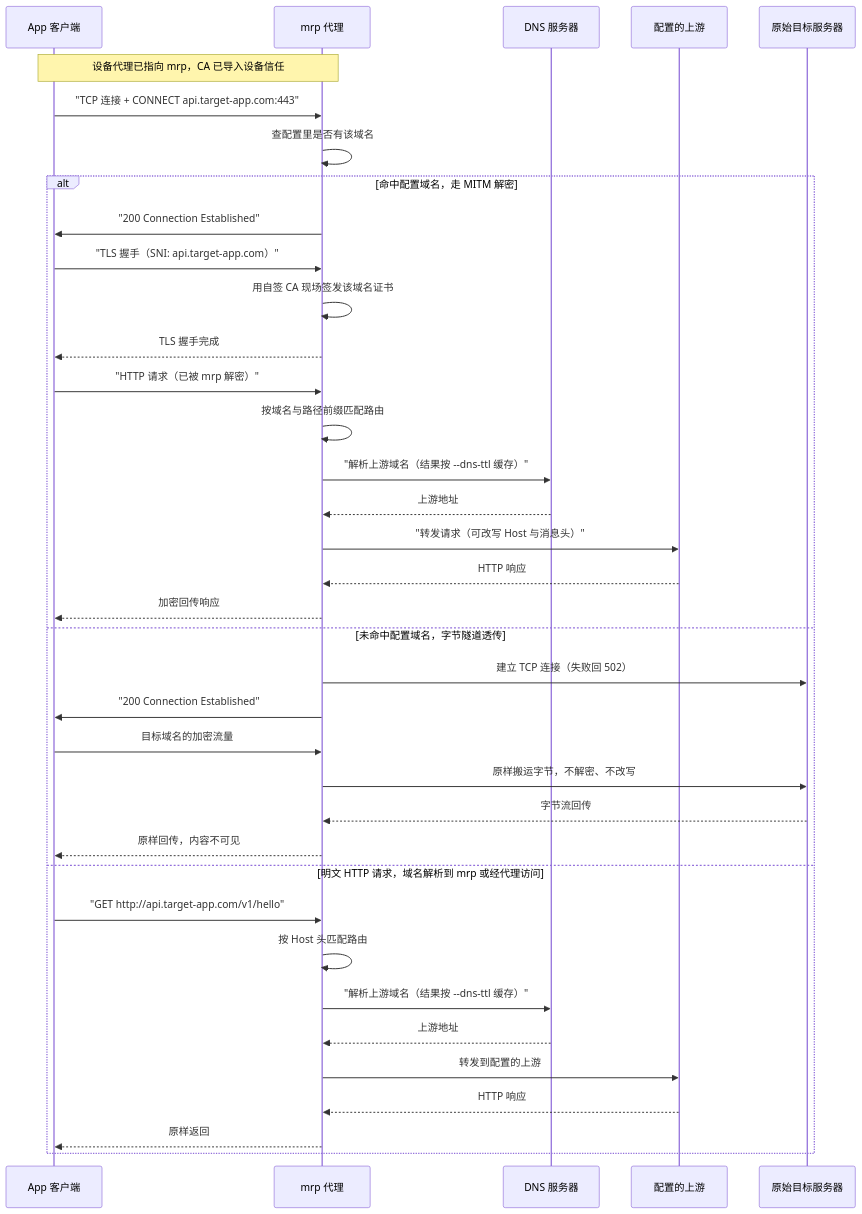
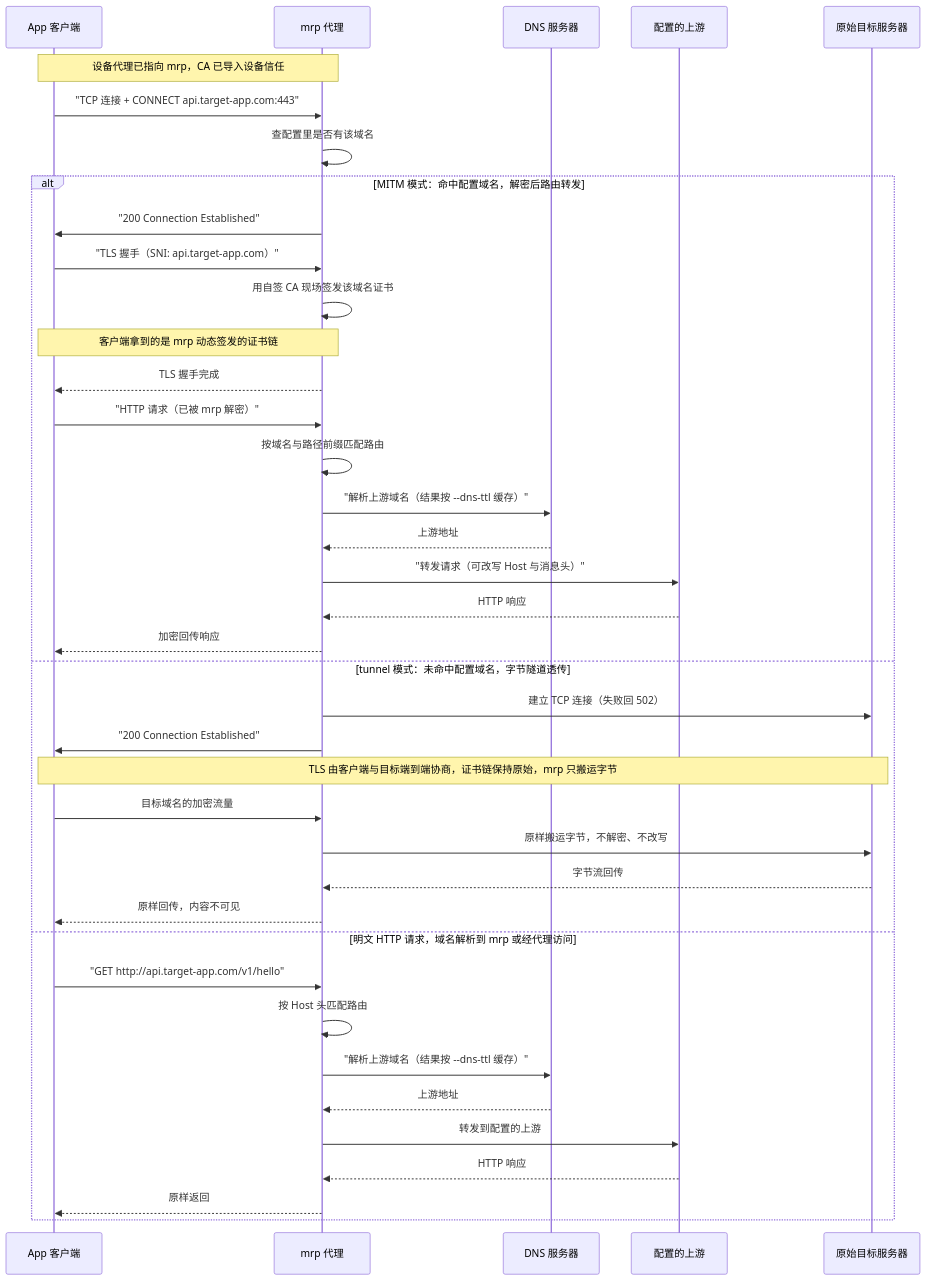
One commit to isunk/MyReverseProxy changed the diagram in README.md. Above: the diagram before and after it, drawn with Mermaid. The commit also changed other lines of this file, not shown here.

````diff
--- a/README.md
+++ b/README.md
@@ -39,44 +25,46 @@
 ```mermaid
 sequenceDiagram
     participant App as App 客户端
     participant mrp as mrp 代理
     participant DNS as DNS 服务器
     participant Up as 配置的上游
     participant Tgt as 原始目标服务器
 
     Note over App,mrp: 设备代理已指向 mrp，CA 已导入设备信任
 
     App->>mrp: "TCP 连接 + CONNECT api.target-app.com:443"
     mrp->>mrp: 查配置里是否有该域名
 
-    alt 命中配置域名，走 MITM 解密
+    alt MITM 模式：命中配置域名，解密后路由转发
         mrp->>App: "200 Connection Established"
         App->>mrp: "TLS 握手（SNI: api.target-app.com）"
         mrp->>mrp: 用自签 CA 现场签发该域名证书
+        Note over App,mrp: 客户端拿到的是 mrp 动态签发的证书链
         mrp-->>App: TLS 握手完成
         App->>mrp: "HTTP 请求（已被 mrp 解密）"
         mrp->>mrp: 按域名与路径前缀匹配路由
         mrp->>DNS: "解析上游域名（结果按 --dns-ttl 缓存）"
         DNS-->>mrp: 上游地址
         mrp->>Up: "转发请求（可改写 Host 与消息头）"
         Up-->>mrp: HTTP 响应
         mrp-->>App: 加密回传响应
 
-    else 未命中配置域名，字节隧道透传
+    else tunnel 模式：未命中配置域名，字节隧道透传
         mrp->>Tgt: 建立 TCP 连接（失败回 502）
         mrp->>App: "200 Connection Established"
+        Note over App,Tgt: TLS 由客户端与目标端到端协商，证书链保持原始，mrp 只搬运字节
         App->>mrp: 目标域名的加密流量
         mrp->>Tgt: 原样搬运字节，不解密、不改写
         Tgt-->>mrp: 字节流回传
         mrp-->>App: 原样回传，内容不可见
 
     else 明文 HTTP 请求，域名解析到 mrp 或经代理访问
         App->>mrp: "GET http://api.target-app.com/v1/hello"
         mrp->>mrp: 按 Host 头匹配路由
         mrp->>DNS: "解析上游域名（结果按 --dns-ttl 缓存）"
         DNS-->>mrp: 上游地址
         mrp->>Up: 转发到配置的上游
         Up-->>mrp: HTTP 响应
         mrp-->>App: 原样返回
     end
 ```
````
